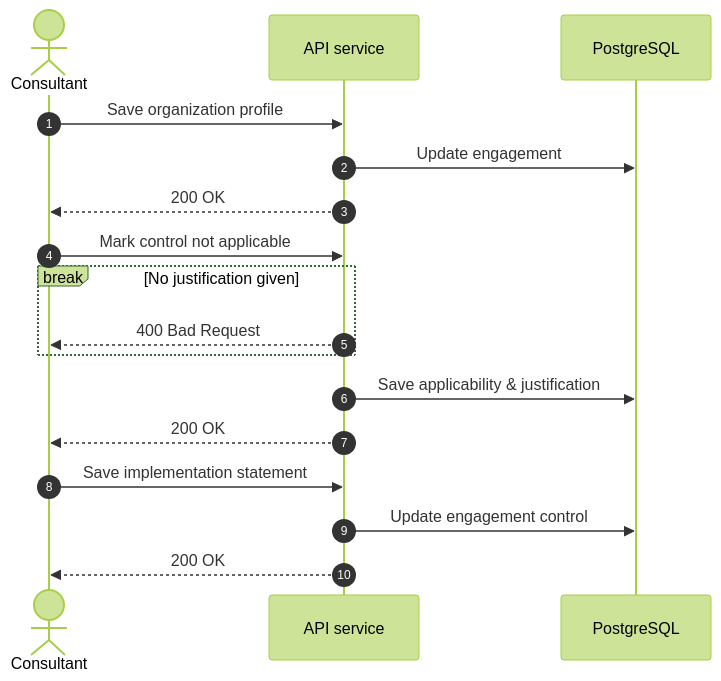
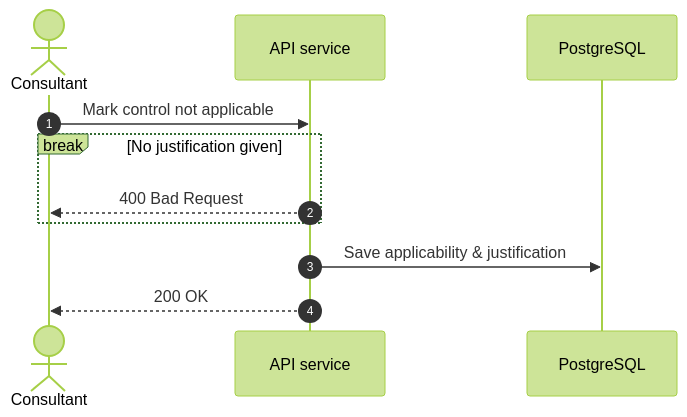
One commit to DavidRHannah/compliance changed diagram 19 of 22 in README.md. Above: the diagram before and after it, drawn with Mermaid (forest theme). The commit also changed other lines of this file and 2 other files, not shown here.

Commit message:
Framework management & assessment scope influence diagrams

````diff
--- a/README.md
+++ b/README.md
@@ -430,19 +430,13 @@
 ```mermaid
 sequenceDiagram
         autonumber
         actor c as Consultant
         participant api as API service
         participant db as PostgreSQL
-        c->>api: Save organization profile
-        api->>db: Update engagement
-        api-->>c: 200 OK
         c->>api: Mark control not applicable
         break No justification given
             api-->>c: 400 Bad Request
         end
         api->>db: Save applicability & justification
         api-->>c: 200 OK
-        c->>api: Save implementation statement
-        api->>db: Update engagement control
-        api-->>c: 200 OK
 ```
````
